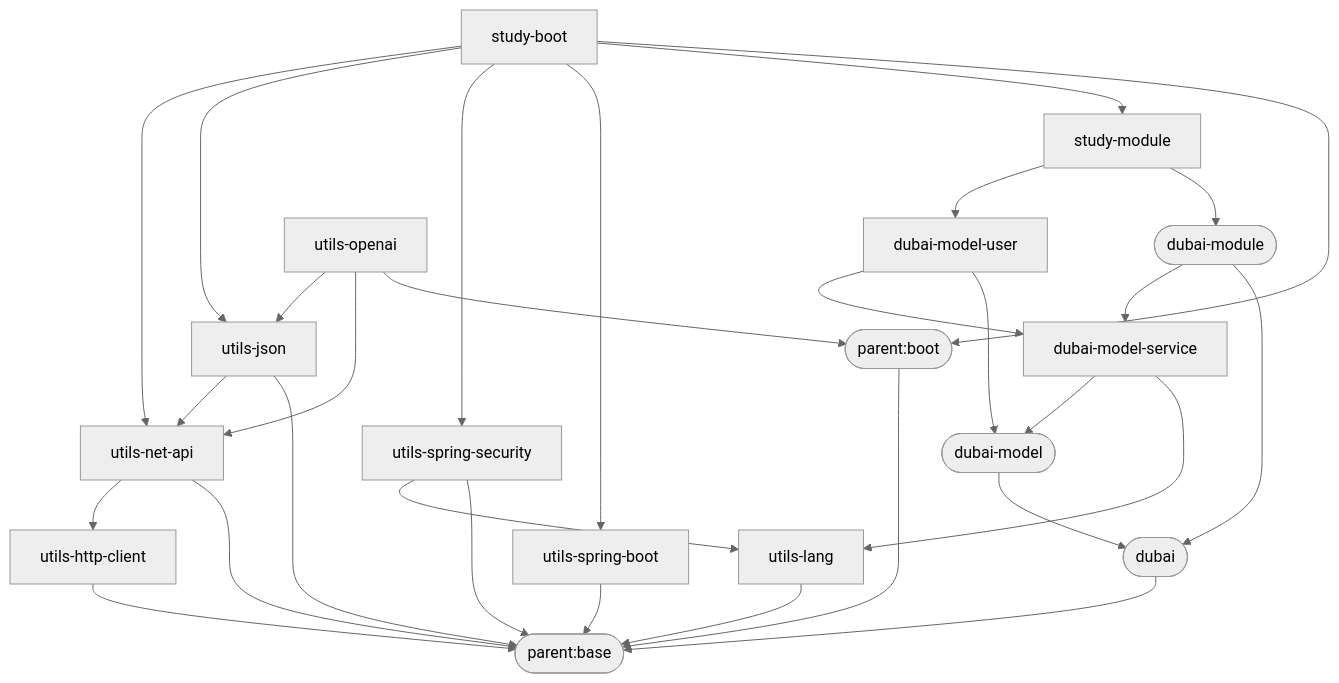
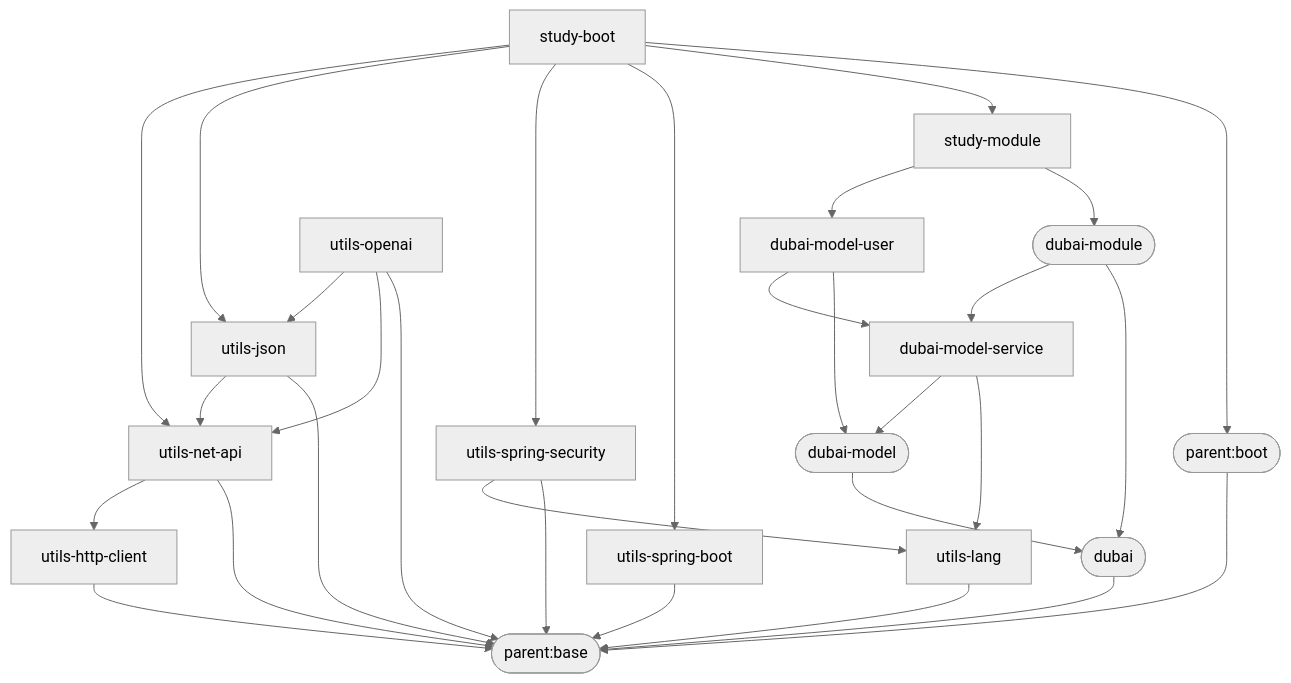
Before and after one commit to dbstarll/dbstarll.github.io: the diagram in README.md, drawn with Mermaid (neutral theme).

Commit message:
upgate utils-openai's parent to base

````diff
--- a/README.md
+++ b/README.md
@@ -18,44 +18,44 @@
 ```mermaid
 graph TD;
     parent.base([parent:base]);
     parent.boot([parent:boot])--->parent.base;
 
     utils-lang-->parent.base;
 
     utils-spring-boot-->parent.base;
 
     utils-spring-security-->parent.base;
     utils-spring-security-->utils-lang;
 
     utils-http-client-->parent.base;
 
     utils-net-api-->parent.base;
     utils-net-api-->utils-http-client;
 
     utils-json-->parent.base;
     utils-json-->utils-net-api;
 
     dubai([dubai])-->parent.base;
     dubai-model([dubai-model])-->dubai;
     dubai-model-service-->utils-lang;
     dubai-model-service-->dubai-model;
     dubai-module([dubai-module])-->dubai;
     dubai-module-->dubai-model-service;
     
     dubai-model-user-->dubai-model;
     dubai-model-user-->dubai-model-service;
 
     study-module-->dubai-module;
     study-module-->dubai-model-user;
 
     study-boot-->parent.boot;
     study-boot-->study-module;
     study-boot-->utils-spring-boot;
     study-boot-->utils-spring-security;
     study-boot-->utils-json;
     study-boot-->utils-net-api;
 
-    utils-openai-->parent.boot;
+    utils-openai-->parent.base;
     utils-openai-->utils-net-api;
     utils-openai-->utils-json;
 ```
````
